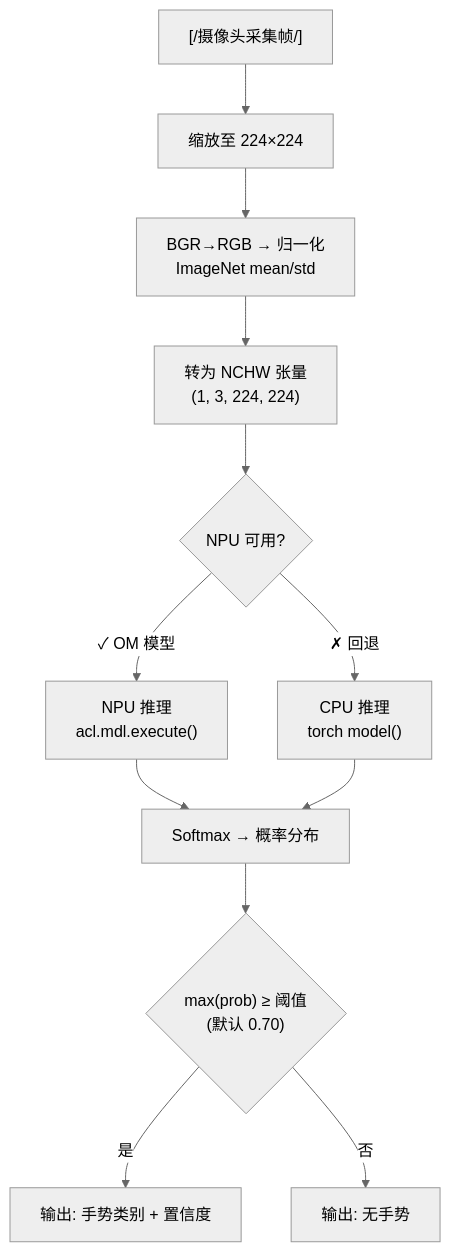
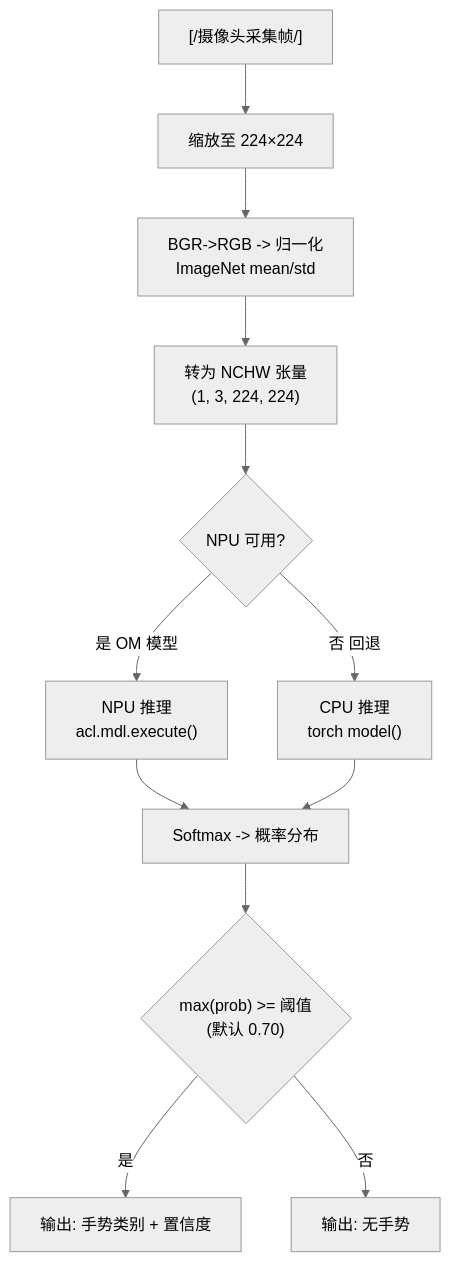
Before and after one commit to zhouxzh/Ascend310: the second of 7 diagrams in src/experiment/case8.md, drawn with Mermaid (neutral theme). The commit also changed other lines of this file and 51 other files, not shown here.

````diff
--- a/src/experiment/case8.md
+++ b/src/experiment/case8.md
@@ -137,17 +137,17 @@
 ```mermaid
 flowchart TD
     START["[/摄像头采集帧/]"] --> RESIZE["缩放至 224×224"]
-    RESIZE --> NORM["BGR→RGB → 归一化\nImageNet mean/std"]
+    RESIZE --> NORM["BGR->RGB -> 归一化\nImageNet mean/std"]
     NORM --> TENSOR["转为 NCHW 张量\n(1, 3, 224, 224)"]
     TENSOR --> CHECK{"NPU 可用?"}
 
-    CHECK -->|"✓ OM 模型"| NPU_INFER["NPU 推理\nacl.mdl.execute()"]
-    CHECK -->|"✗ 回退"| CPU_INFER["CPU 推理\ntorch model()"]
+    CHECK -->|"是 OM 模型"| NPU_INFER["NPU 推理\nacl.mdl.execute()"]
+    CHECK -->|"否 回退"| CPU_INFER["CPU 推理\ntorch model()"]
 
-    NPU_INFER --> SOFTMAX["Softmax → 概率分布"]
+    NPU_INFER --> SOFTMAX["Softmax -> 概率分布"]
     CPU_INFER --> SOFTMAX
 
-    SOFTMAX --> FILTER{"max(prob) ≥ 阈值\n(默认 0.70)"}
+    SOFTMAX --> FILTER{"max(prob) >= 阈值\n(默认 0.70)"}
     FILTER -->|"是"| OUTPUT["输出: 手势类别 + 置信度"]
     FILTER -->|"否"| NO_RESULT["输出: 无手势"]
 ```
````
